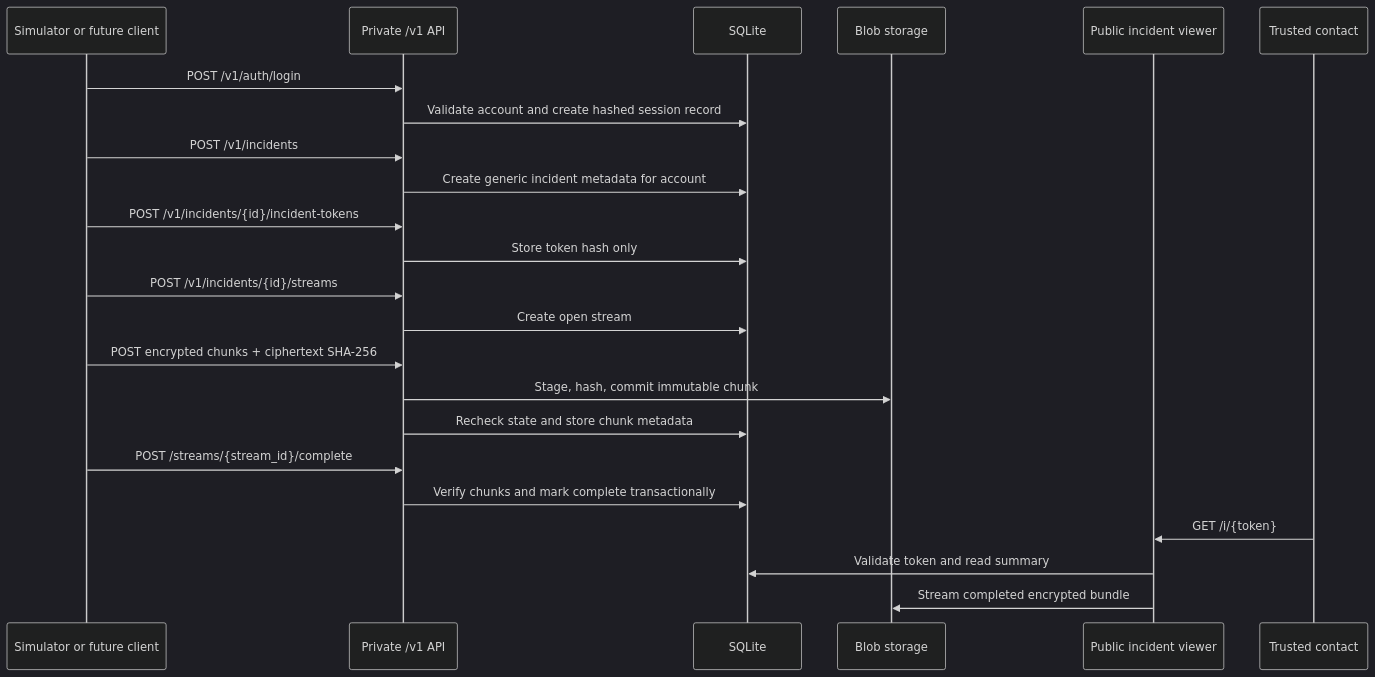
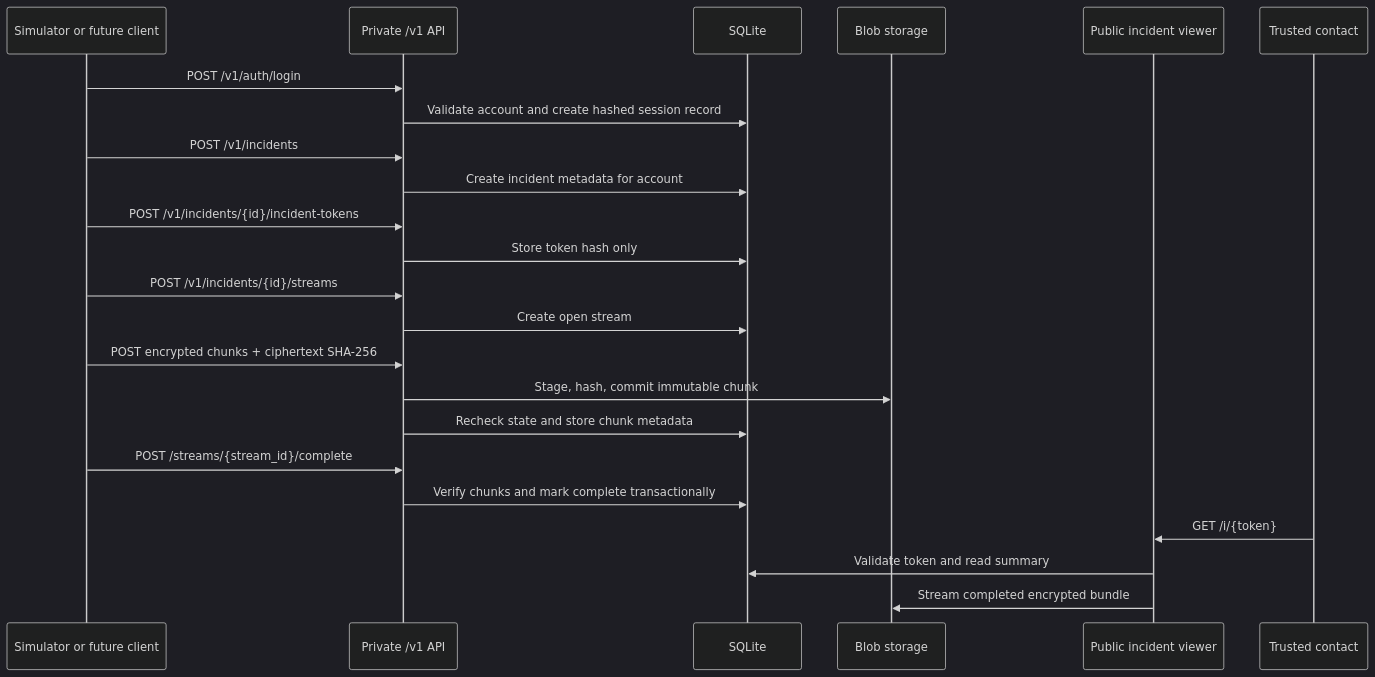
Before and after one commit to open-proofline/server: the third of 4 diagrams in docs/architecture.md, drawn with Mermaid (dark theme). The commit also changed other lines of this file and 31 other files, not shown here.

Commit message:
Add incident mode metadata fields

````diff
--- a/docs/architecture.md
+++ b/docs/architecture.md
@@ -104,26 +118,26 @@
 ```mermaid
 sequenceDiagram
     participant Client as Simulator or future client
     participant Private as Private /v1 API
     participant DB as SQLite
     participant Blob as Blob storage
     participant Public as Public incident viewer
     participant Contact as Trusted contact
 
     Client->>Private: POST /v1/auth/login
     Private->>DB: Validate account and create hashed session record
     Client->>Private: POST /v1/incidents
-    Private->>DB: Create generic incident metadata for account
+    Private->>DB: Create incident metadata for account
     Client->>Private: POST /v1/incidents/{id}/incident-tokens
     Private->>DB: Store token hash only
     Client->>Private: POST /v1/incidents/{id}/streams
     Private->>DB: Create open stream
     Client->>Private: POST encrypted chunks + ciphertext SHA-256
     Private->>Blob: Stage, hash, commit immutable chunk
     Private->>DB: Recheck state and store chunk metadata
     Client->>Private: POST /streams/{stream_id}/complete
     Private->>DB: Verify chunks and mark complete transactionally
     Contact->>Public: GET /i/{token}
     Public->>DB: Validate token and read summary
     Public->>Blob: Stream completed encrypted bundle
 ```
````
